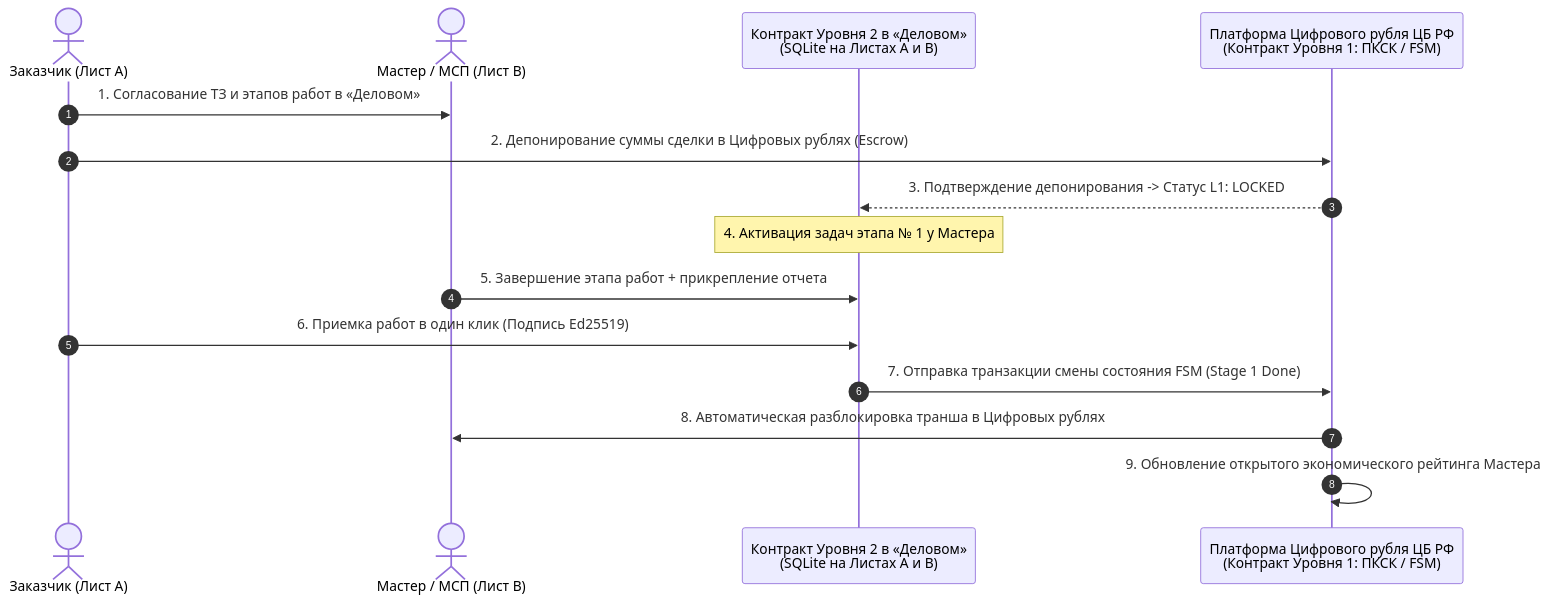
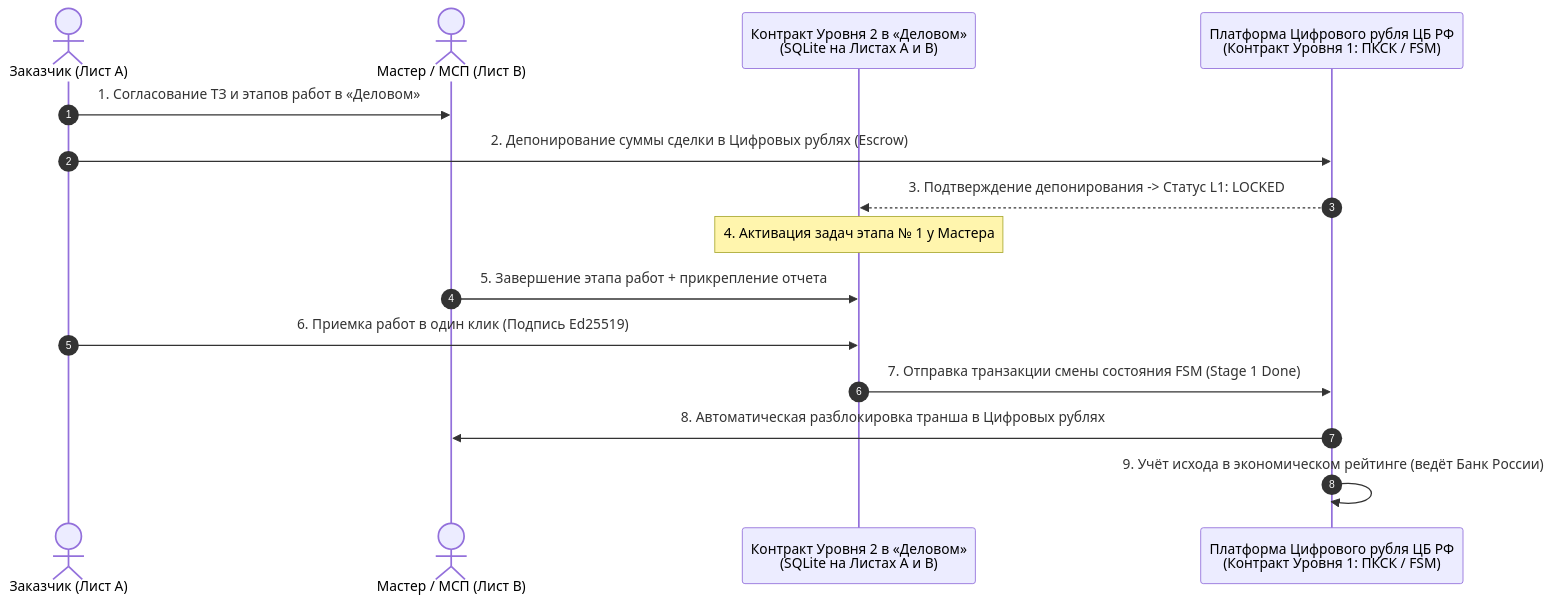
One commit to Data-Independence-Network/presentations changed the ninth of 10 diagrams in shared_docs/whitepapers/applications/gogetter/GoGetter_architecture_and_functionality.md. Above: the diagram before and after it, drawn with Mermaid. The commit also changed other lines of this file and 10 other files, not shown here.

````diff
--- a/shared_docs/whitepapers/applications/gogetter/GoGetter_architecture_and_functionality.md
+++ b/shared_docs/whitepapers/applications/gogetter/GoGetter_architecture_and_functionality.md
@@ -934,18 +934,18 @@
 ```mermaid
 sequenceDiagram
     autonumber
     actor Client as Заказчик (Лист A)
     actor Master as Мастер / МСП (Лист B)
     participant GG_L2 as Контракт Уровня 2 в «Деловом»<br/>(SQLite на Листах A и B)
     participant CBR_L1 as Платформа Цифрового рубля ЦБ РФ<br/>(Контракт Уровня 1: ПКСК / FSM)
 
     Client->>Master: 1. Согласование ТЗ и этапов работ в «Деловом»
     Client->>CBR_L1: 2. Депонирование суммы сделки в Цифровых рублях (Escrow)
     CBR_L1-->>GG_L2: 3. Подтверждение депонирования -> Статус L1: LOCKED
     Note over GG_L2: 4. Активация задач этапа № 1 у Мастера
     Master->>GG_L2: 5. Завершение этапа работ + прикрепление отчета
     Client->>GG_L2: 6. Приемка работ в один клик (Подпись Ed25519)
     GG_L2->>CBR_L1: 7. Отправка транзакции смены состояния FSM (Stage 1 Done)
     CBR_L1->>Master: 8. Автоматическая разблокировка транша в Цифровых рублях
-    CBR_L1->>CBR_L1: 9. Обновление открытого экономического рейтинга Мастера
+    CBR_L1->>CBR_L1: 9. Учёт исхода в экономическом рейтинге (ведёт Банк России)
 ```
````
